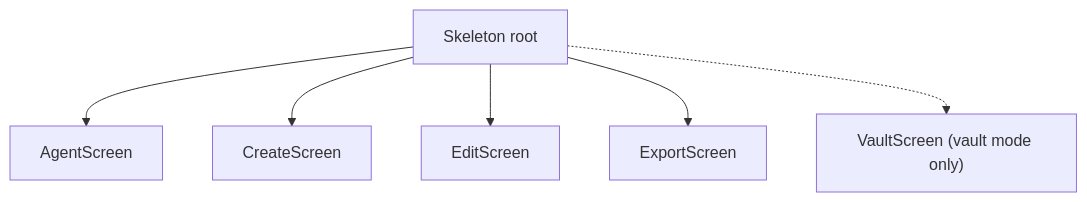
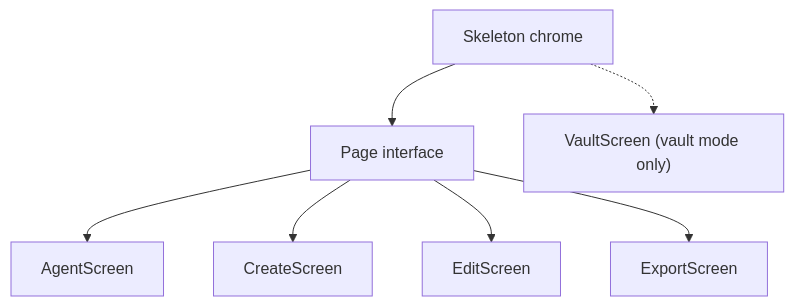
Before and after one commit to ollykeran/sshush: the diagram in docs/tui.md, drawn with Mermaid. The commit also changed other lines of this file and 20 other files, not shown here.

````diff
--- a/docs/tui.md
+++ b/docs/tui.md
@@ -9,14 +9,16 @@
 ```mermaid
 flowchart TD
-  Skeleton[Skeleton root]
+  Skeleton[Skeleton chrome]
+  Page[Page interface]
   Agent[AgentScreen]
   Create[CreateScreen]
   Edit[EditScreen]
   Export[ExportScreen]
   Vault["VaultScreen (vault mode only)"]
-  Skeleton --> Agent
-  Skeleton --> Create
-  Skeleton --> Edit
-  Skeleton --> Export
+  Skeleton --> Page
+  Page --> Agent
+  Page --> Create
+  Page --> Edit
+  Page --> Export
   Skeleton -.-> Vault
 ```
````
